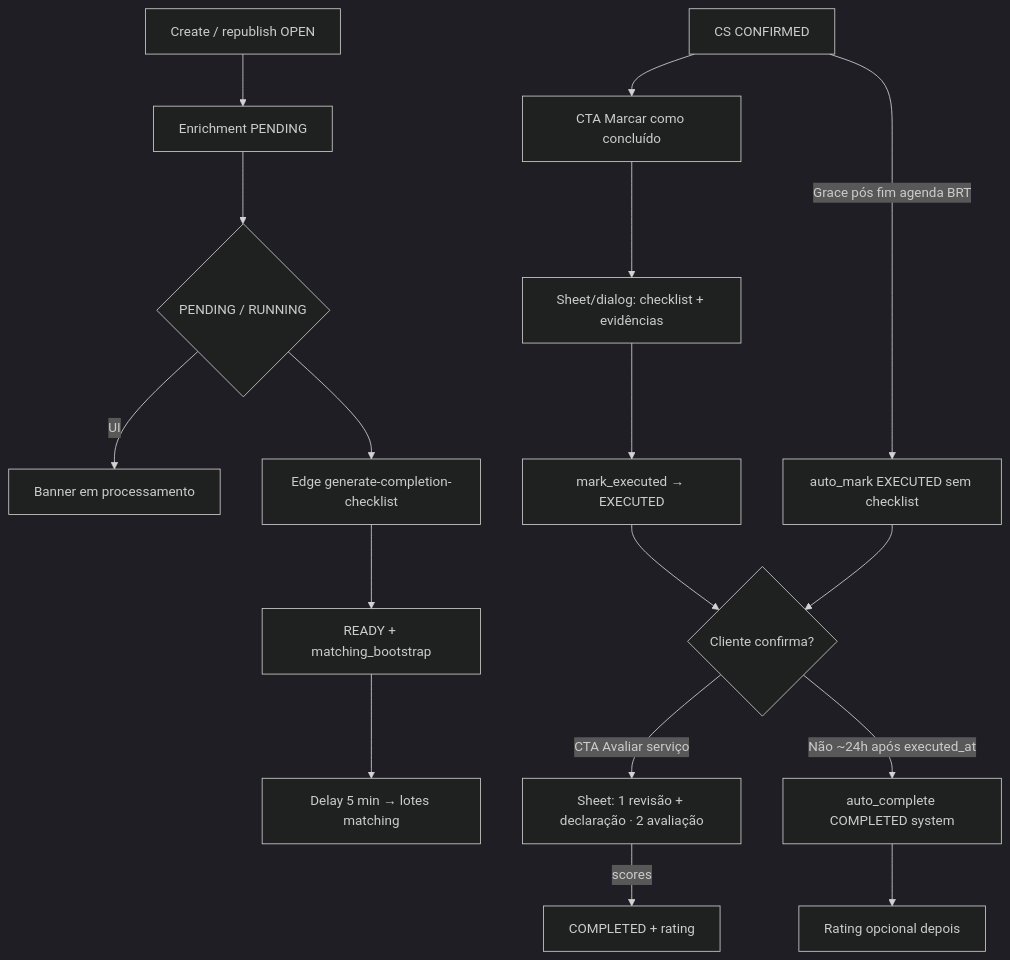
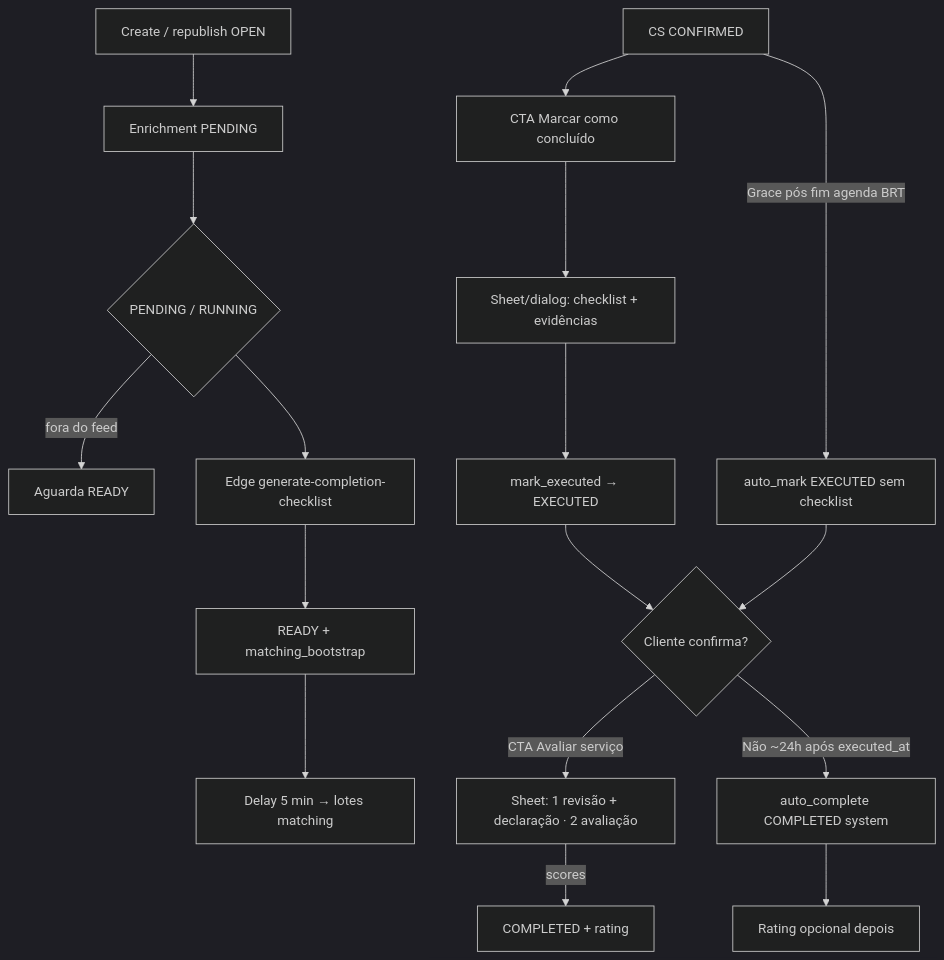
The diagram in docs/business/modulos/service-completion/features/conclusao-e-enrichment.md (higorpo/renovi-orbit-test), drawn with Mermaid (dark theme) before and after one commit. The commit also changed other lines of this file and 19 other files, not shown here.

````diff
--- a/docs/business/modulos/service-completion/features/conclusao-e-enrichment.md
+++ b/docs/business/modulos/service-completion/features/conclusao-e-enrichment.md
@@ -48,19 +48,19 @@
 ```mermaid
 flowchart TD
   A[Create / republish OPEN] --> B[Enrichment PENDING]
   B --> C{PENDING / RUNNING}
-  C -->|UI| D[Banner em processamento]
+  C -->|fora do feed| C2[Aguarda READY]
   C --> E[Edge generate-completion-checklist]
   E --> F[READY + matching_bootstrap]
   F --> G[Delay 5 min → lotes matching]
   H[CS CONFIRMED] --> I[CTA Marcar como concluído]
   I --> I2[Sheet/dialog: checklist + evidências]
   I2 --> J[mark_executed → EXECUTED]
   H -->|Grace pós fim agenda BRT| J2[auto_mark EXECUTED sem checklist]
   J --> K{Cliente confirma?}
   J2 --> K
   K -->|CTA Avaliar serviço| K2[Sheet: 1 revisão + declaração · 2 avaliação]
   K2 -->|scores| L[COMPLETED + rating]
   K -->|Não ~24h após executed_at| M[auto_complete COMPLETED system]
   M --> N[Rating opcional depois]
 ```
````
